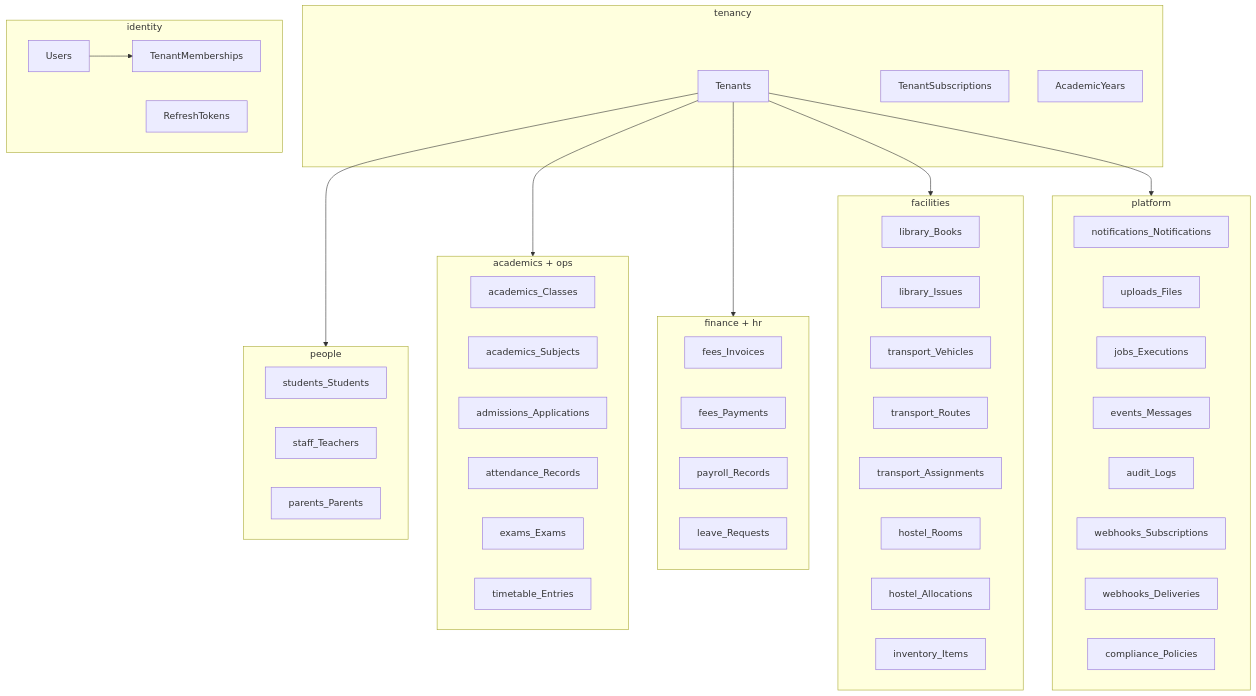
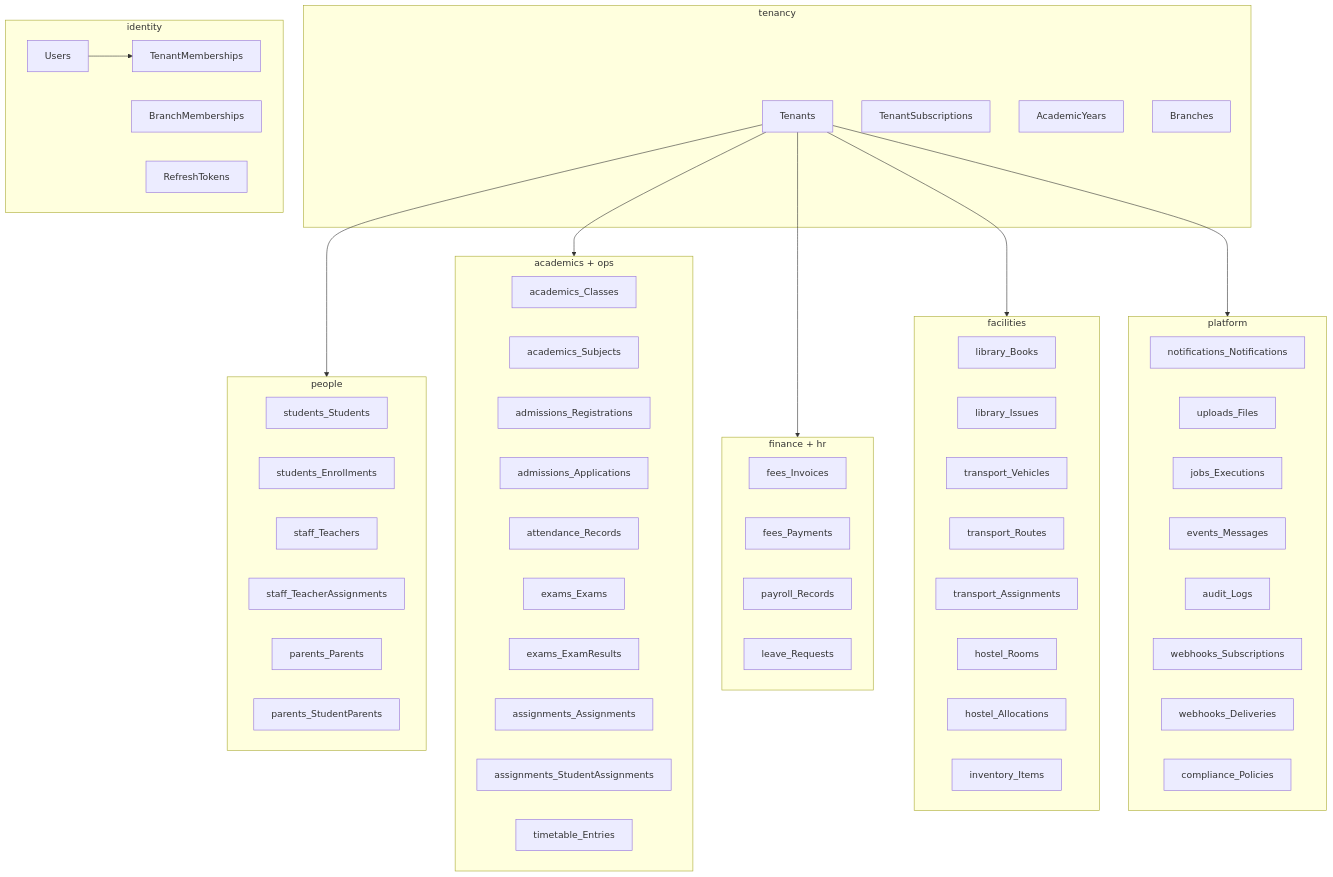
One commit to abhishekrajverma/school-backend changed the first of 9 diagrams in docs/ERD.md. Above: the diagram before and after it, drawn with Mermaid. The commit also changed other lines of this file and 137 other files, not shown here.

````diff
--- a/docs/ERD.md
+++ b/docs/ERD.md
@@ -20,65 +20,74 @@
 ```mermaid
 flowchart TB
     subgraph tenancy [tenancy]
         Tenants
         TenantSubscriptions
         AcademicYears
+        Branches
     end
 
     subgraph identity [identity]
         Users
         TenantMemberships
+        BranchMemberships
         RefreshTokens
     end
 
     subgraph people [people]
         students_Students
+        students_Enrollments
         staff_Teachers
+        staff_TeacherAssignments
         parents_Parents
+        parents_StudentParents
     end
 
     subgraph academics [academics + ops]
         academics_Classes
         academics_Subjects
+        admissions_Registrations
         admissions_Applications
         attendance_Records
         exams_Exams
+        exams_ExamResults
+        assignments_Assignments
+        assignments_StudentAssignments
         timetable_Entries
     end
 
     subgraph finance [finance + hr]
         fees_Invoices
         fees_Payments
         payroll_Records
         leave_Requests
     end
 
     subgraph facilities [facilities]
         library_Books
         library_Issues
         transport_Vehicles
         transport_Routes
         transport_Assignments
         hostel_Rooms
         hostel_Allocations
         inventory_Items
     end
 
     subgraph platform [platform]
         notifications_Notifications
         uploads_Files
         jobs_Executions
         events_Messages
         audit_Logs
         webhooks_Subscriptions
         webhooks_Deliveries
         compliance_Policies
     end
 
     Tenants --> people
     Tenants --> academics
     Tenants --> finance
     Tenants --> facilities
     Tenants --> platform
     Users --> TenantMemberships
 ```
````
